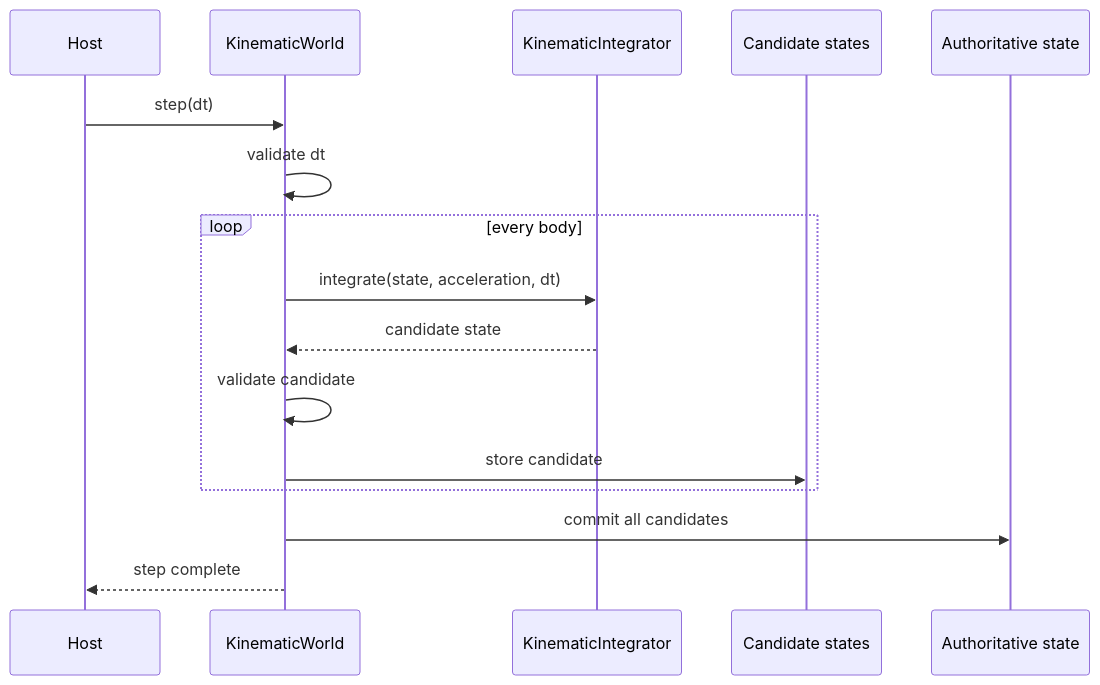
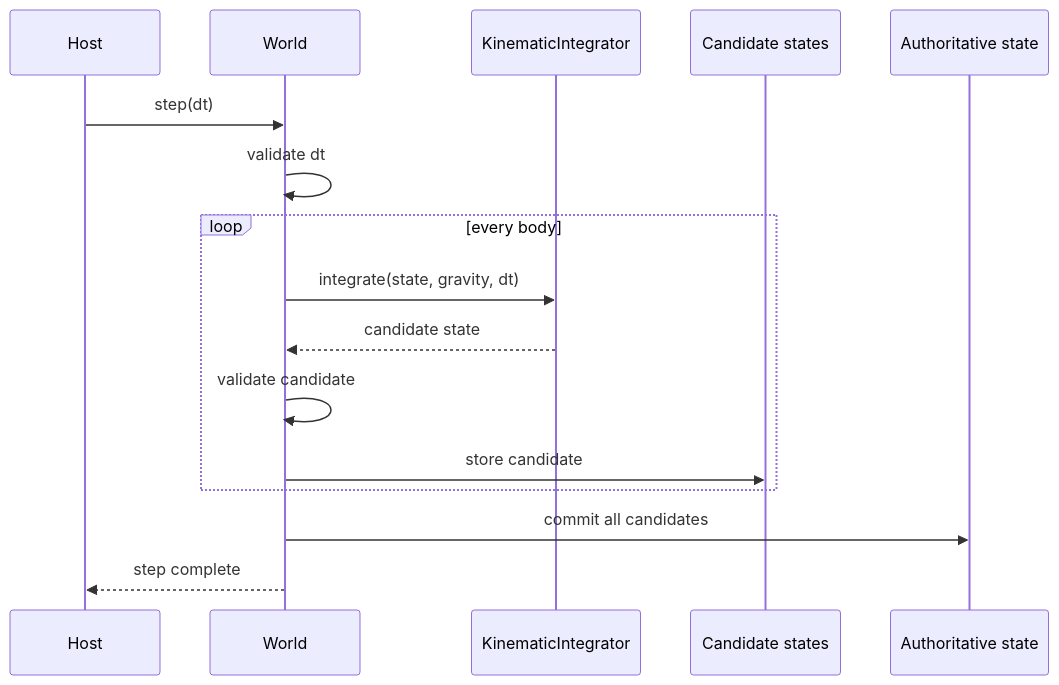
The seventh of 21 diagrams in docs/architecture/README.md (fa-ribeiro/vLab2D), drawn with Mermaid before and after one commit. The commit also changed other lines of this file and 12 other files, not shown here.

````diff
--- a/docs/architecture/README.md
+++ b/docs/architecture/README.md
@@ -339,21 +351,21 @@
 ```mermaid
 sequenceDiagram
     participant Host
-    participant World as KinematicWorld
+    participant World as World
     participant Integrator as KinematicIntegrator
     participant Candidates as Candidate states
     participant State as Authoritative state
 
     Host->>World: step(dt)
     World->>World: validate dt
 
     loop every body
-        World->>Integrator: integrate(state, acceleration, dt)
+        World->>Integrator: integrate(state, gravity, dt)
         Integrator-->>World: candidate state
         World->>World: validate candidate
         World->>Candidates: store candidate
     end
 
     World->>State: commit all candidates
     World-->>Host: step complete
 ```
````
